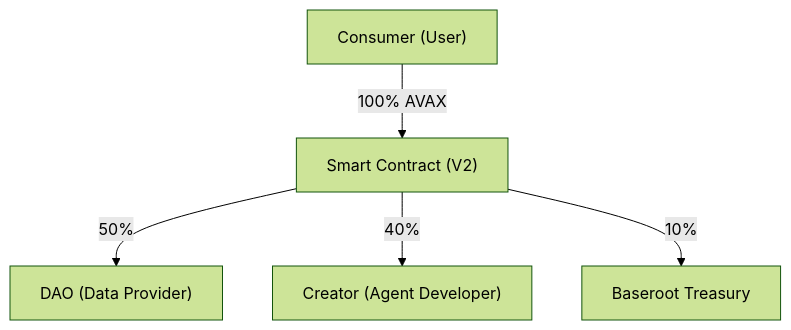
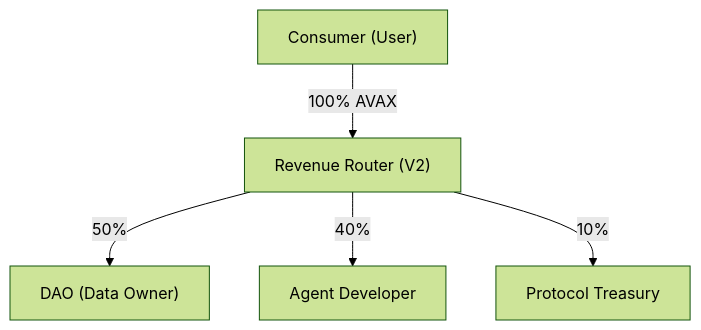
One commit to seyitgrbzpng/new-baserootv2-poc changed the diagram in README.md. Above: the diagram before and after it, drawn with Mermaid (forest theme). The commit also changed other lines of this file, not shown here.

Commit message:
docs: align README with official whitepaper protocol definition

````diff
--- a/README.md
+++ b/README.md
@@ -18,7 +18,7 @@
 ```mermaid
 graph TD
-    User["Consumer (User)"] -- 100% AVAX --> Contract["Smart Contract (V2)"]
-    Contract -- 50% --> DAO["DAO (Data Provider)"]
-    Contract -- 40% --> Creator["Creator (Agent Developer)"]
-    Contract -- 10% --> Protocol["Baseroot Treasury"]
+    User["Consumer (User)"] -- 100% AVAX --> Contract["Revenue Router (V2)"]
+    Contract -- 50% --> DAO["DAO (Data Owner)"]
+    Contract -- 40% --> Creator["Agent Developer"]
+    Contract -- 10% --> Protocol["Protocol Treasury"]
 ```
````
